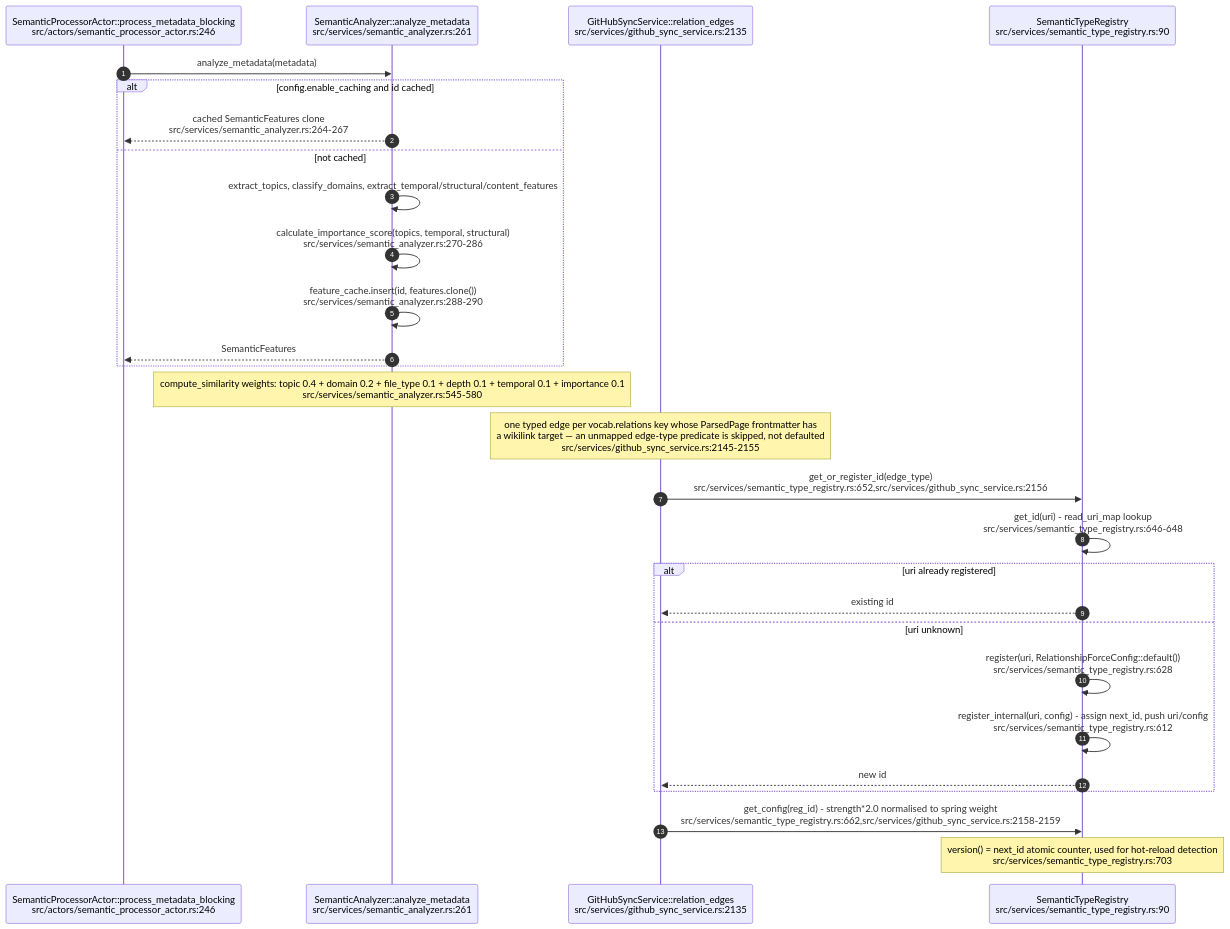
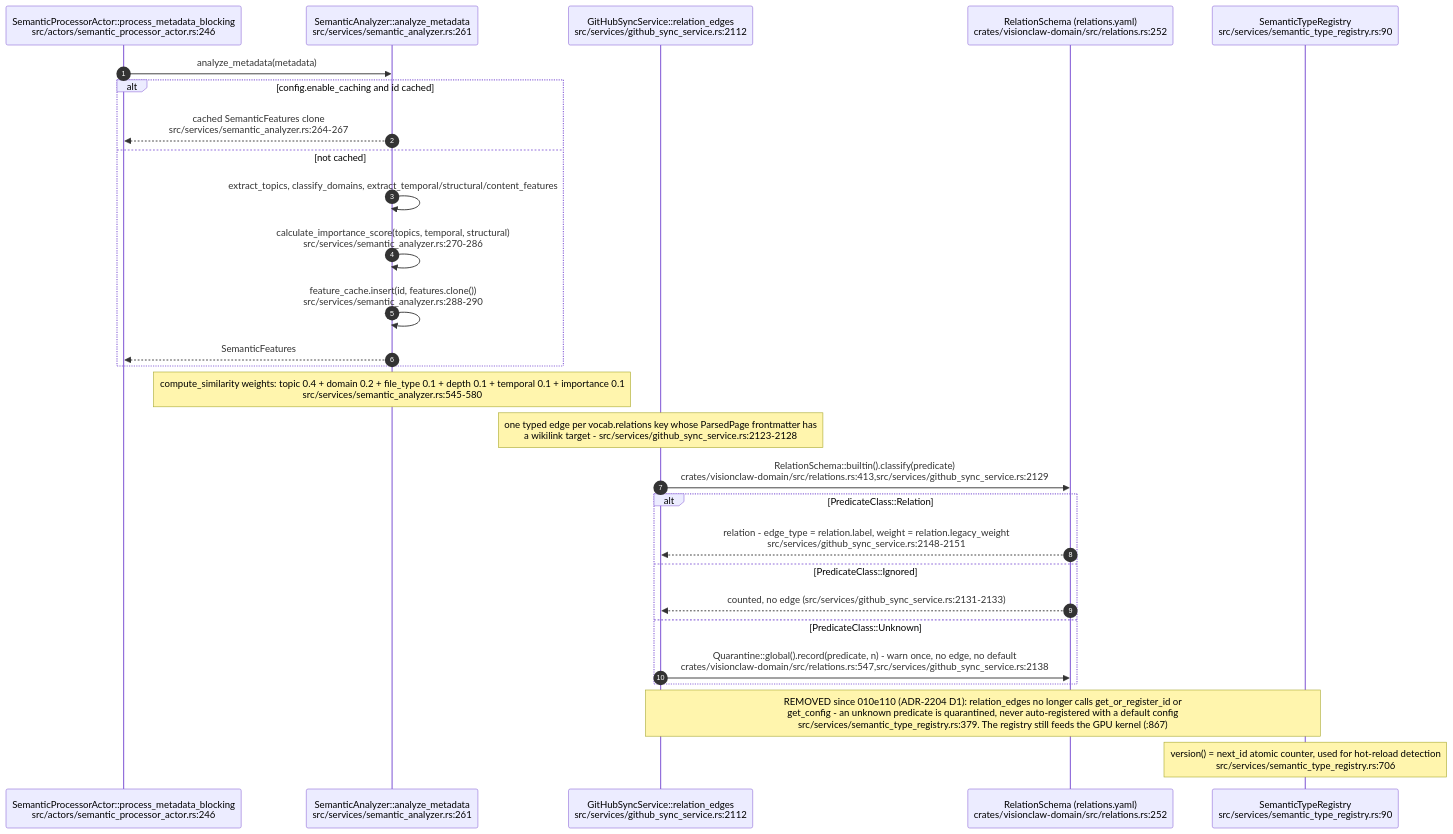
Before and after one commit to DreamLab-AI/VisionFlow: the eighth of 12 diagrams in docs/diagrams/visionclaw/25-insight-kpi-nlq-semantics.md, drawn with Mermaid. The commit also changed other lines of this file and 7 other files, not shown here.

First line of the commit message:
diagrams(visionclaw): re-verify VC-25..28 and VC-30..33 at visionclaw 4900ec60b, agentbox 59b1aca1c

````diff
--- a/docs/diagrams/visionclaw/25-insight-kpi-nlq-semantics.md
+++ b/docs/diagrams/visionclaw/25-insight-kpi-nlq-semantics.md
@@ -376,32 +377,32 @@
 ```mermaid
 sequenceDiagram
     autonumber
     participant SPA as SemanticProcessorActor::process_metadata_blocking<br/>src/actors/semantic_processor_actor.rs:246
     participant SA as SemanticAnalyzer::analyze_metadata<br/>src/services/semantic_analyzer.rs:261
-    participant GS as GitHubSyncService::relation_edges<br/>src/services/github_sync_service.rs:2135
+    participant GS as GitHubSyncService::relation_edges<br/>src/services/github_sync_service.rs:2112
+    participant RS as RelationSchema (relations.yaml)<br/>crates/visionclaw-domain/src/relations.rs:252
     participant REG as SemanticTypeRegistry<br/>src/services/semantic_type_registry.rs:90
 
     SPA->>SA: analyze_metadata(metadata)
     alt config.enable_caching and id cached
         SA-->>SPA: cached SemanticFeatures clone<br/>src/services/semantic_analyzer.rs:264-267
     else not cached
         SA->>SA: extract_topics, classify_domains, extract_temporal/structural/content_features
         SA->>SA: calculate_importance_score(topics, temporal, structural)<br/>src/services/semantic_analyzer.rs:270-286
         SA->>SA: feature_cache.insert(id, features.clone())<br/>src/services/semantic_analyzer.rs:288-290
         SA-->>SPA: SemanticFeatures
     end
     Note over SA: compute_similarity weights: topic 0.4 + domain 0.2 + file_type 0.1 + depth 0.1 + temporal 0.1 + importance 0.1<br/>src/services/semantic_analyzer.rs:545-580
 
-    Note over GS: one typed edge per vocab.relations key whose ParsedPage frontmatter has<br/>a wikilink target — an unmapped edge-type predicate is skipped, not defaulted<br/>src/services/github_sync_service.rs:2145-2155
-    GS->>REG: get_or_register_id(edge_type)<br/>src/services/semantic_type_registry.rs:652,src/services/github_sync_service.rs:2156
-    REG->>REG: get_id(uri) - read_uri_map lookup<br/>src/services/semantic_type_registry.rs:646-648
-    alt uri already registered
-        REG-->>GS: existing id
-    else uri unknown
-        REG->>REG: register(uri, RelationshipForceConfig::default())<br/>src/services/semantic_type_registry.rs:628
-        REG->>REG: register_internal(uri, config) - assign next_id, push uri/config<br/>src/services/semantic_type_registry.rs:612
-        REG-->>GS: new id
+    Note over GS: one typed edge per vocab.relations key whose ParsedPage frontmatter has<br/>a wikilink target - src/services/github_sync_service.rs:2123-2128
+    GS->>RS: RelationSchema::builtin().classify(predicate)<br/>crates/visionclaw-domain/src/relations.rs:413,src/services/github_sync_service.rs:2129
+    alt PredicateClass::Relation
+        RS-->>GS: relation - edge_type = relation.label, weight = relation.legacy_weight<br/>src/services/github_sync_service.rs:2148-2151
+    else PredicateClass::Ignored
+        RS-->>GS: counted, no edge (src/services/github_sync_service.rs:2131-2133)
+    else PredicateClass::Unknown
+        GS->>RS: Quarantine::global().record(predicate, n) - warn once, no edge, no default<br/>crates/visionclaw-domain/src/relations.rs:547,src/services/github_sync_service.rs:2138
     end
-    GS->>REG: get_config(reg_id) - strength*2.0 normalised to spring weight<br/>src/services/semantic_type_registry.rs:662,src/services/github_sync_service.rs:2158-2159
-    Note over REG: version() = next_id atomic counter, used for hot-reload detection<br/>src/services/semantic_type_registry.rs:703
+    Note over GS,REG: REMOVED since 010e110 (ADR-2204 D1): relation_edges no longer calls get_or_register_id or<br/>get_config - an unknown predicate is quarantined, never auto-registered with a default config<br/>src/services/semantic_type_registry.rs:379. The registry still feeds the GPU kernel (:867)
+    Note over REG: version() = next_id atomic counter, used for hot-reload detection<br/>src/services/semantic_type_registry.rs:706
 ```
````
